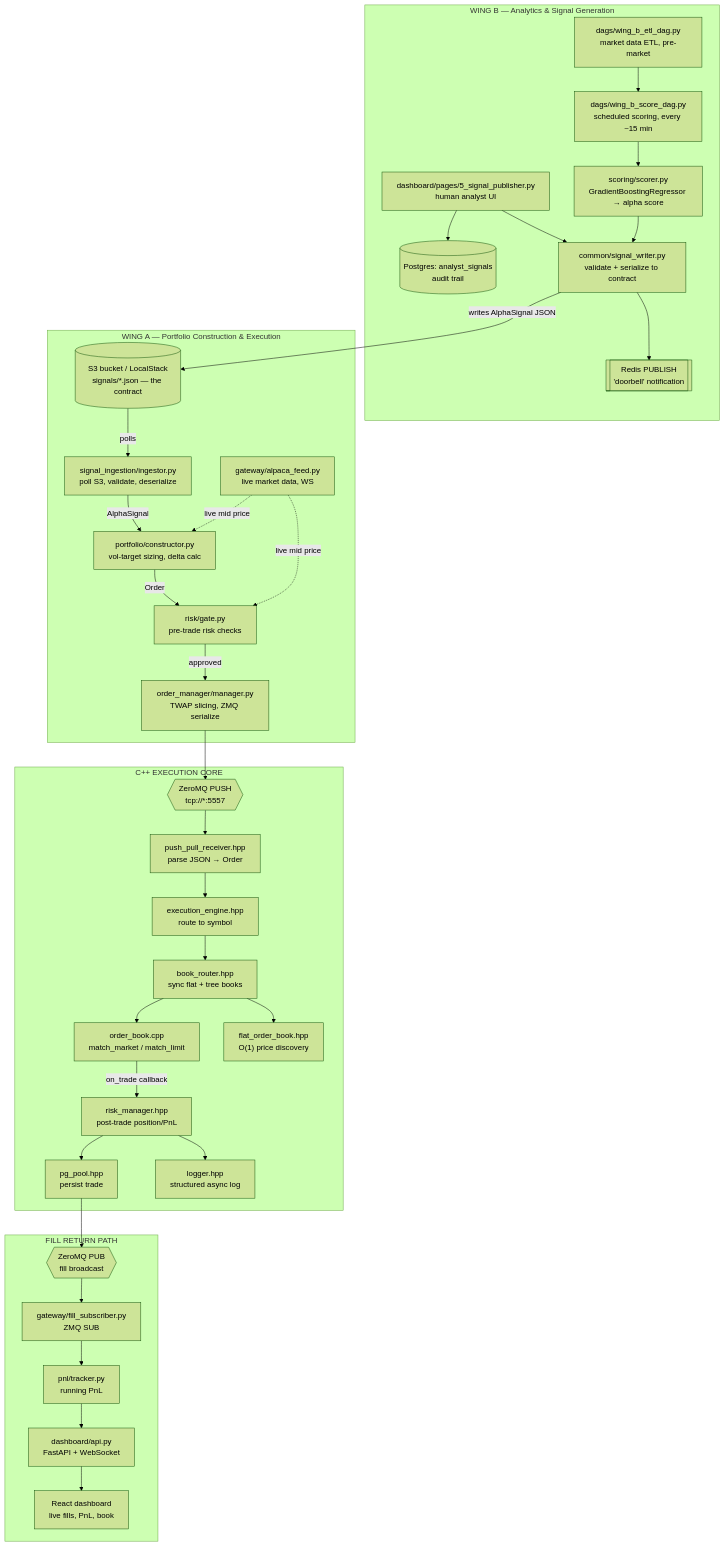
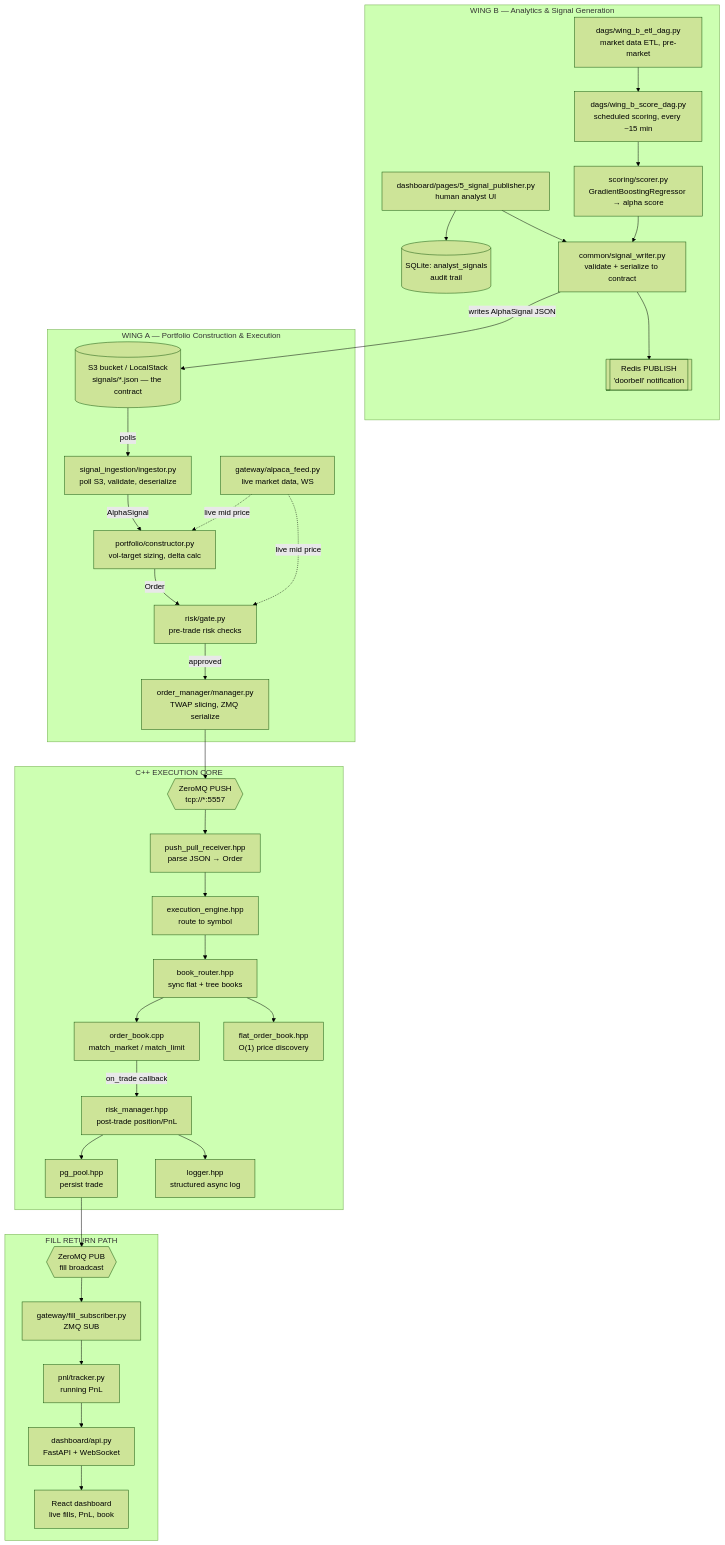
Before and after one commit to Hanzecode/Dualis: the diagram in README.md, drawn with Mermaid (forest theme).

````diff
--- a/README.md
+++ b/README.md
@@ -40,70 +40,70 @@
 ```mermaid
 graph TD
     subgraph WingB["WING B — Analytics & Signal Generation"]
         ETL["dags/wing_b_etl_dag.py<br/>market data ETL, pre-market"]
         SCOREDAG["dags/wing_b_score_dag.py<br/>scheduled scoring, every ~15 min"]
         SCORER["scoring/scorer.py<br/>GradientBoostingRegressor → alpha score"]
         ANALYST["dashboard/pages/5_signal_publisher.py<br/>human analyst UI"]
-        PGSIG[("Postgres: analyst_signals<br/>audit trail")]
+        PGSIG[("SQLite: analyst_signals<br/>audit trail")]
         WRITER["common/signal_writer.py<br/>validate + serialize to contract"]
         REDIS[["Redis PUBLISH<br/>'doorbell' notification"]]
 
         ETL --> SCOREDAG
         SCOREDAG --> SCORER
         SCORER --> WRITER
         ANALYST --> PGSIG
         ANALYST --> WRITER
         WRITER --> REDIS
     end
 
     S3[("S3 bucket / LocalStack<br/>signals/*.json — the contract")]
     WRITER -- "writes AlphaSignal JSON" --> S3
 
     subgraph WingA["WING A — Portfolio Construction & Execution"]
         INGEST["signal_ingestion/ingestor.py<br/>poll S3, validate, deserialize"]
         CONSTRUCT["portfolio/constructor.py<br/>vol-target sizing, delta calc"]
         RISK["risk/gate.py<br/>pre-trade risk checks"]
         OM["order_manager/manager.py<br/>TWAP slicing, ZMQ serialize"]
         ALPACA["gateway/alpaca_feed.py<br/>live market data, WS"]
 
         S3 -- "polls" --> INGEST
         ALPACA -. "live mid price" .-> CONSTRUCT
         ALPACA -. "live mid price" .-> RISK
         INGEST -- "AlphaSignal" --> CONSTRUCT
         CONSTRUCT -- "Order" --> RISK
         RISK -- "approved" --> OM
     end
 
     ZMQPUSH{{"ZeroMQ PUSH<br/>tcp://*:5557"}}
     OM --> ZMQPUSH
 
     subgraph CppCore["C++ EXECUTION CORE"]
         RECV["push_pull_receiver.hpp<br/>parse JSON → Order"]
         ENGINE["execution_engine.hpp<br/>route to symbol"]
         ROUTER["book_router.hpp<br/>sync flat + tree books"]
         BOOK["order_book.cpp<br/>match_market / match_limit"]
         FLAT["flat_order_book.hpp<br/>O(1) price discovery"]
         RM["risk_manager.hpp<br/>post-trade position/PnL"]
         PG["pg_pool.hpp<br/>persist trade"]
         LOG["logger.hpp<br/>structured async log"]
 
         ZMQPUSH --> RECV --> ENGINE --> ROUTER
         ROUTER --> BOOK
         ROUTER --> FLAT
         BOOK -- "on_trade callback" --> RM
         RM --> PG
         RM --> LOG
     end
 
     ZMQPUB{{"ZeroMQ PUB<br/>fill broadcast"}}
     PG --> ZMQPUB
 
     subgraph Return["FILL RETURN PATH"]
         FILLSUB["gateway/fill_subscriber.py<br/>ZMQ SUB"]
         PNL["pnl/tracker.py<br/>running PnL"]
         API["dashboard/api.py<br/>FastAPI + WebSocket"]
         REACT["React dashboard<br/>live fills, PnL, book"]
 
         ZMQPUB --> FILLSUB --> PNL --> API --> REACT
     end
 ```
````
